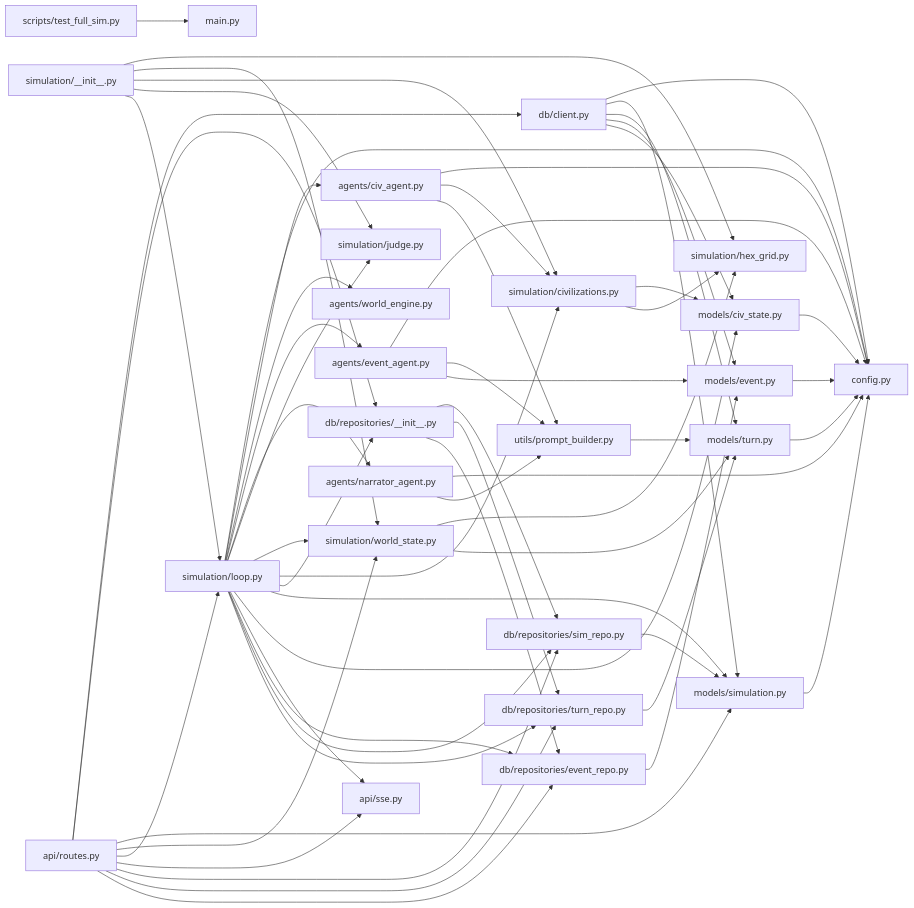
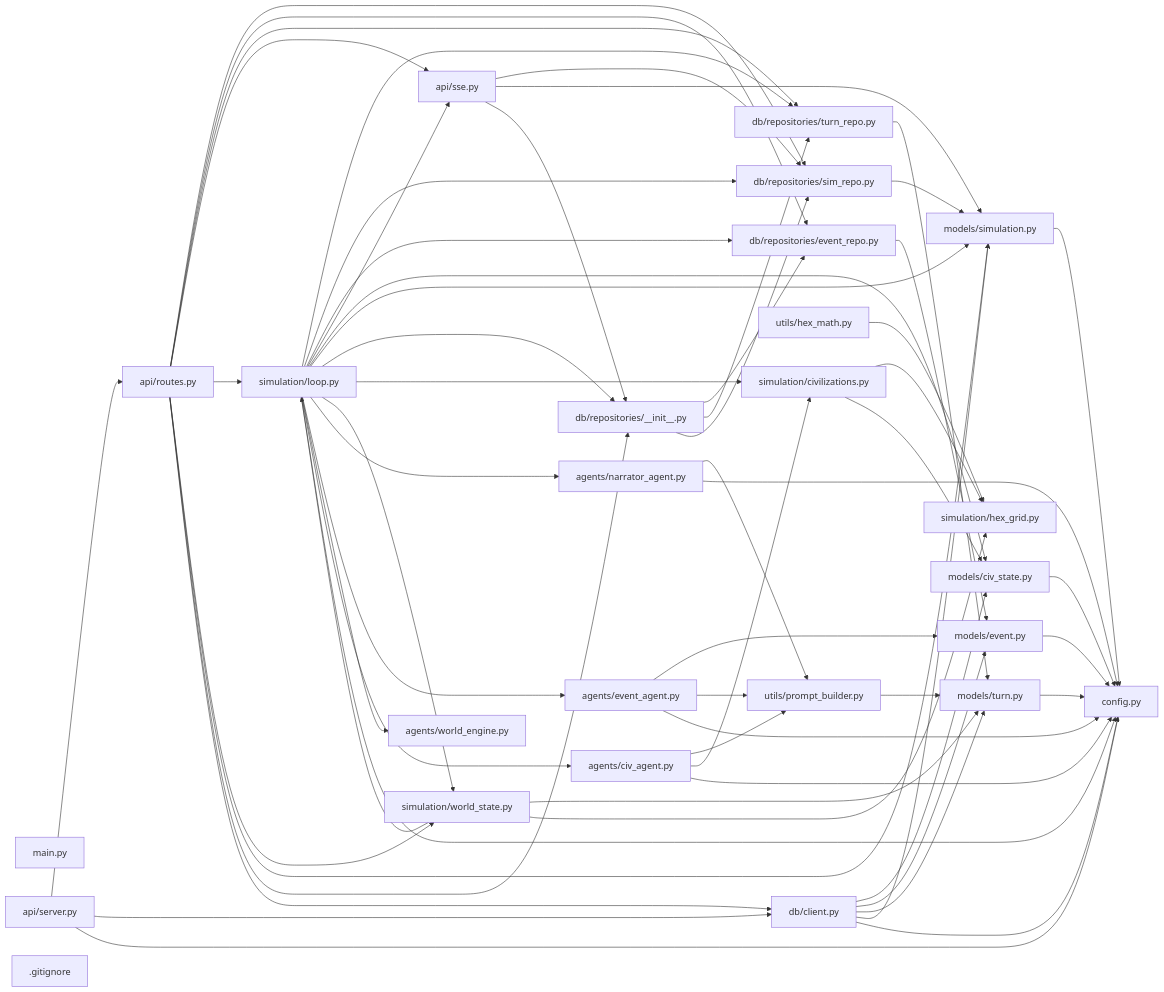
Before and after one commit to madhavv-xd/civilex: the diagram in backend/CONTEXT.md, drawn with Mermaid. The commit also changed other lines of this file and 17 other files, not shown here.

````diff
--- a/backend/CONTEXT.md
+++ b/backend/CONTEXT.md
@@ -575,86 +595,87 @@
 ```mermaid
 graph LR
     f0["config.py"]
-    f1["models/civ_state.py"]
-    f2["models/turn.py"]
-    f3["models/event.py"]
-    f4["models/simulation.py"]
+    f1["models/turn.py"]
+    f2["models/simulation.py"]
+    f3["models/civ_state.py"]
+    f4["models/event.py"]
     f5["main.py"]
-    f6["simulation/civilizations.py"]
-    f7["db/repositories/event_repo.py"]
-    f8["db/repositories/turn_repo.py"]
-    f9["db/repositories/sim_repo.py"]
-    f10["simulation/world_state.py"]
-    f11["simulation/hex_grid.py"]
-    f12["db/client.py"]
-    f13["utils/prompt_builder.py"]
-    f14["simulation/loop.py"]
-    f15["db/repositories/__init__.py"]
-    f16["api/sse.py"]
-    f17["simulation/judge.py"]
-    f18["scripts/test_full_sim.py"]
-    f19["api/routes.py"]
-    f20["agents/narrator_agent.py"]
-    f21["agents/event_agent.py"]
-    f22["agents/civ_agent.py"]
-    f23["agents/world_engine.py"]
-    f24["simulation/__init__.py"]
+    f6["db/repositories/sim_repo.py"]
+    f7["simulation/civilizations.py"]
+    f8["db/repositories/__init__.py"]
+    f9["simulation/hex_grid.py"]
+    f10["db/client.py"]
+    f11["api/routes.py"]
+    f12["api/sse.py"]
+    f13["db/repositories/event_repo.py"]
+    f14["utils/prompt_builder.py"]
+    f15["db/repositories/turn_repo.py"]
+    f16["api/server.py"]
+    f17["simulation/loop.py"]
+    f18[".gitignore"]
+    f19["agents/civ_agent.py"]
+    f20["agents/event_agent.py"]
+    f21["agents/narrator_agent.py"]
+    f22["agents/world_engine.py"]
+    f23["simulation/world_state.py"]
+    f24["utils/hex_math.py"]
     f1 --> f0
     f2 --> f0
     f3 --> f0
     f4 --> f0
-    f6 --> f11
-    f6 --> f1
+    f6 --> f2
+    f7 --> f9
     f7 --> f3
-    f8 --> f2
-    f9 --> f4
+    f8 --> f13
+    f8 --> f15
+    f8 --> f6
+    f10 --> f3
+    f10 --> f4
+    f10 --> f1
     f10 --> f2
-    f10 --> f11
-    f12 --> f1
-    f12 --> f3
+    f10 --> f0
+    f11 --> f6
+    f11 --> f13
+    f11 --> f15
+    f11 --> f12
+    f11 --> f17
+    f11 --> f23
+    f11 --> f2
+    f11 --> f8
+    f11 --> f10
+    f12 --> f6
     f12 --> f2
-    f12 --> f4
-    f12 --> f0
-    f13 --> f2
-    f14 --> f8
-    f14 --> f9
-    f14 --> f7
-    f14 --> f16
+    f12 --> f8
+    f13 --> f4
     f14 --> f1
-    f14 --> f4
-    f14 --> f15
-    f14 --> f6
-    f14 --> f10
-    f14 --> f17
-    f14 --> f20
-    f14 --> f21
-    f14 --> f23
-    f14 --> f22
-    f14 --> f0
-    f15 --> f7
-    f15 --> f8
-    f15 --> f9
-    f18 --> f5
+    f15 --> f1
+    f16 --> f11
+    f16 --> f10
+    f16 --> f0
+    f17 --> f15
+    f17 --> f6
+    f17 --> f13
+    f17 --> f12
+    f17 --> f3
+    f17 --> f2
+    f17 --> f8
+    f17 --> f7
+    f17 --> f23
+    f17 --> f21
+    f17 --> f20
+    f17 --> f22
+    f17 --> f19
+    f17 --> f0
+    f19 --> f14
     f19 --> f7
-    f19 --> f8
-    f19 --> f9
-    f19 --> f16
-    f19 --> f14
-    f19 --> f10
-    f19 --> f4
-    f19 --> f15
-    f19 --> f12
-    f20 --> f13
+    f19 --> f0
+    f20 --> f4
+    f20 --> f14
     f20 --> f0
-    f21 --> f3
-    f21 --> f13
+    f21 --> f14
     f21 --> f0
-    f22 --> f13
-    f22 --> f6
-    f22 --> f0
-    f24 --> f14
-    f24 --> f17
-    f24 --> f6
-    f24 --> f10
-    f24 --> f11
+    f23 --> f17
+    f23 --> f1
+    f23 --> f9
+    f24 --> f9
 ```
````
